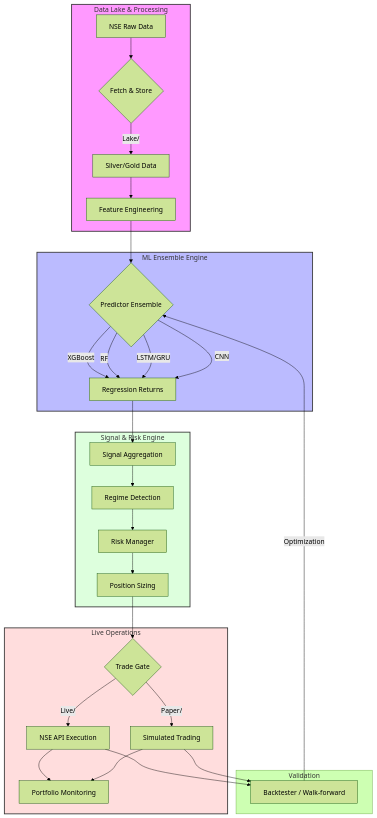
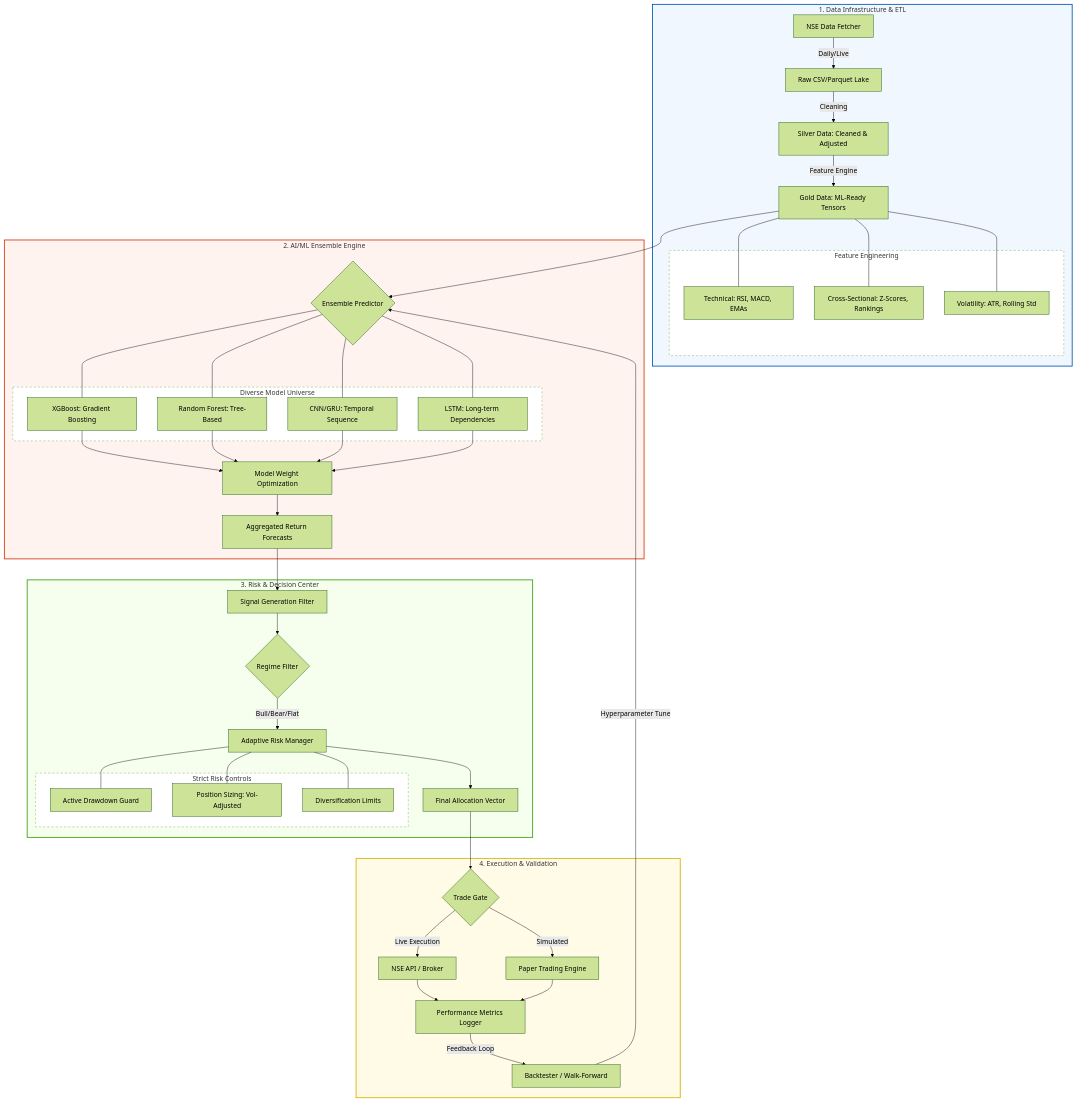
One commit to N0AHZACH/Quant_Engine changed the diagram in README.md. Above: the diagram before and after it, drawn with Mermaid (forest theme). The commit also changed other lines of this file, not shown here.

Commit message:
Enhancement: Upgraded architecture diagram to high-fidelity logical overview

````diff
--- a/README.md
+++ b/README.md
@@ -25,41 +25,61 @@
 ```mermaid
 graph TD
-    subgraph Data_Pipeline [Data Lake & Processing]
-        A[NSE Raw Data] --> B{Fetch & Store}
-        B -->|Lake/| C[Silver/Gold Data]
-        C --> D[Feature Engineering]
+    subgraph Data_Infrastructure [1. Data Infrastructure & ETL]
+        A1[NSE Data Fetcher] -->|Daily/Live| A2[Raw CSV/Parquet Lake]
+        A2 -->|Cleaning| A3[Silver Data: Cleaned & Adjusted]
+        A3 -->|Feature Engine| A4[Gold Data: ML-Ready Tensors]
+        
+        subgraph Features [Feature Engineering]
+            A4a[Technical: RSI, MACD, EMAs]
+            A4b[Cross-Sectional: Z-Scores, Rankings]
+            A4c[Volatility: ATR, Rolling Std]
+        end
+        A4 --- A4a & A4b & A4c
     end
 
-    subgraph Intelligence_Layer [ML Ensemble Engine]
-        D --> E{Predictor Ensemble}
-        E -->|XGBoost| F[Regression Returns]
-        E -->|RF| F
-        E -->|LSTM/GRU| F
-        E -->|CNN| F
+    subgraph Intelligence_Engine [2. AI/ML Ensemble Engine]
+        A4 --> B1{Ensemble Predictor}
+        subgraph Models [Diverse Model Universe]
+            B1a[XGBoost: Gradient Boosting]
+            B1b[Random Forest: Tree-Based]
+            B1c[CNN/GRU: Temporal Sequence]
+            B1d[LSTM: Long-term Dependencies]
+        end
+        B1 --- B1a & B1b & B1c & B1d
+        B1a & B1b & B1c & B1d --> B2[Model Weight Optimization]
+        B2 --> B3[Aggregated Return Forecasts]
     end
 
-    subgraph Executive_Decision [Signal & Risk Engine]
-        F --> G[Signal Aggregation]
-        G --> H[Regime Detection]
-        H --> I[Risk Manager]
-        I --> J[Position Sizing]
+    subgraph Risk_Decision_Center [3. Risk & Decision Center]
+        B3 --> C1[Signal Generation Filter]
+        C1 --> C2{Regime Filter}
+        C2 -->|Bull/Bear/Flat| C3[Adaptive Risk Manager]
+        
+        subgraph Risk_Controls [Strict Risk Controls]
+            C3a[Active Drawdown Guard]
+            C3b[Position Sizing: Vol-Adjusted]
+            C3c[Diversification Limits]
+        end
+        C3 --- C3a & C3b & C3c
+        C3 --> C4[Final Allocation Vector]
     end
 
-    subgraph Execution_Layer [Live Operations]
-        J --> K{Trade Gate}
-        K -->|Live/| L[NSE API Execution]
-        K -->|Paper/| M[Simulated Trading]
-        L --> N[Portfolio Monitoring]
-        M --> N
+    subgraph Execution_Validation [4. Execution & Validation]
+        C4 --> D1{Trade Gate}
+        D1 -->|Live Execution| D2[NSE API / Broker]
+        D1 -->|Simulated| D3[Paper Trading Engine]
+        
+        D2 & D3 --> E1[Performance Metrics Logger]
+        E1 -->|Feedback Loop| E2[Backtester / Walk-Forward]
+        E2 -->|Hyperparameter Tune| B1
     end
 
-    subgraph Feedback_Loop [Validation]
-        L & M --> O[Backtester / Walk-forward]
-        O -->|Optimization| E
-    end
-
-    style Data_Pipeline fill:#f9f,stroke:#333,stroke-width:2px
-    style Intelligence_Layer fill:#bbf,stroke:#333,stroke-width:2px
-    style Executive_Decision fill:#dfd,stroke:#333,stroke-width:2px
-    style Execution_Layer fill:#fdd,stroke:#333,stroke-width:2px
+    %% Styles
+    style Data_Infrastructure fill:#f0f7ff,stroke:#0056b3,stroke-width:2px
+    style Intelligence_Engine fill:#fff3f0,stroke:#d4380d,stroke-width:2px
+    style Risk_Decision_Center fill:#f6ffed,stroke:#389e0d,stroke-width:2px
+    style Execution_Validation fill:#fffbe6,stroke:#d4b106,stroke-width:2px
+    style Features fill:#ffffff,stroke-dasharray: 5 5
+    style Models fill:#ffffff,stroke-dasharray: 5 5
+    style Risk_Controls fill:#ffffff,stroke-dasharray: 5 5
 ```
````
